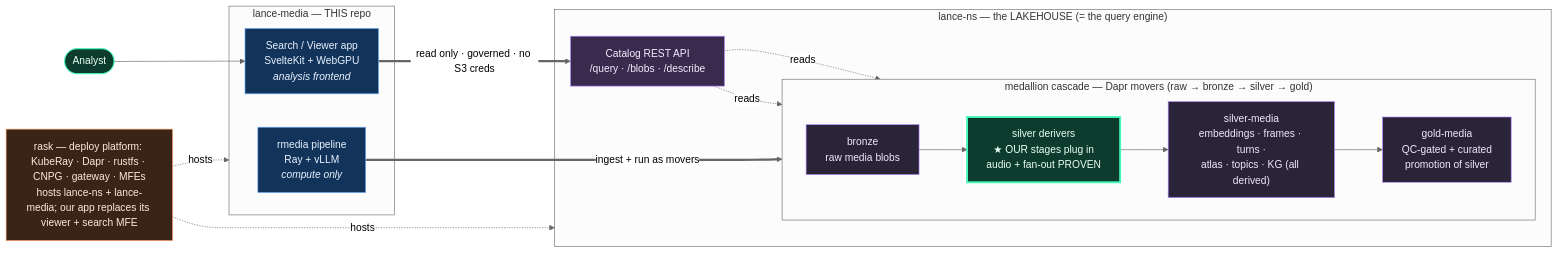
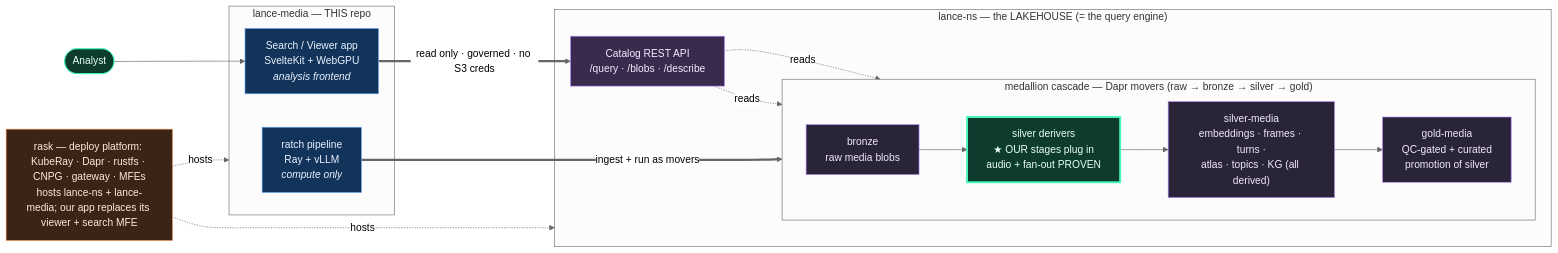
Before and after one commit to Borg93/lance-audio-demo: the diagram in docs/LANCE_NS_INTEGRATION.md, drawn with Mermaid (neutral theme). The commit also changed other lines of this file and 191 other files, not shown here.

````diff
--- a/docs/LANCE_NS_INTEGRATION.md
+++ b/docs/LANCE_NS_INTEGRATION.md
@@ -27,38 +27,38 @@
 ```mermaid
 flowchart LR
     analyst(["Analyst"]):::user
 
     subgraph media["lance-media — THIS repo"]
-        rmedia["rmedia pipeline<br/>Ray + vLLM<br/><i>compute only</i>"]:::mine
+        ratch["ratch pipeline<br/>Ray + vLLM<br/><i>compute only</i>"]:::mine
         app["Search / Viewer app<br/>SvelteKit + WebGPU<br/><i>analysis frontend</i>"]:::mine
     end
 
     subgraph ns["lance-ns — the LAKEHOUSE (= the query engine)"]
         catalog["Catalog REST API<br/>/query · /blobs · /describe"]:::engine
         subgraph cascade["medallion cascade — Dapr movers (raw → bronze → silver → gold)"]
             direction LR
             bronze["bronze<br/>raw media blobs"]:::data
             derivers["silver derivers<br/>★ OUR stages plug in<br/>audio + fan-out PROVEN"]:::proven
             silver["silver-media<br/>embeddings · frames · turns ·<br/>atlas · topics · KG (all derived)"]:::data
             gold["gold-media<br/>QC-gated + curated<br/>promotion of silver"]:::data
             bronze --> derivers --> silver --> gold
         end
         catalog -. reads .-> silver
         catalog -. reads .-> gold
     end
 
     rask["rask — deploy platform: KubeRay · Dapr · rustfs · CNPG · gateway · MFEs<br/>hosts lance-ns + lance-media; our app replaces its viewer + search MFE"]:::host
 
     analyst --> app
-    rmedia ==>|"ingest + run as movers"| bronze
+    ratch ==>|"ingest + run as movers"| bronze
     app ==>|"read only · governed · no S3 creds"| catalog
     rask -. hosts .-> ns
     rask -. hosts .-> media
 
     classDef user fill:#0d3b2e,stroke:#46f9b8,color:#eafff5
     classDef mine fill:#12345a,stroke:#6aa9ff,color:#eaf2ff
     classDef engine fill:#3a2a4d,stroke:#b388ff,color:#f3ecff
     classDef data fill:#2a2438,stroke:#b388ff,color:#efe9ff
     classDef proven fill:#0d3b2e,stroke:#46f9b8,color:#eafff5,stroke-width:3px
     classDef host fill:#3a2418,stroke:#ff9457,color:#ffe9d9
 ```
````
